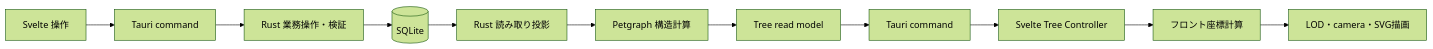
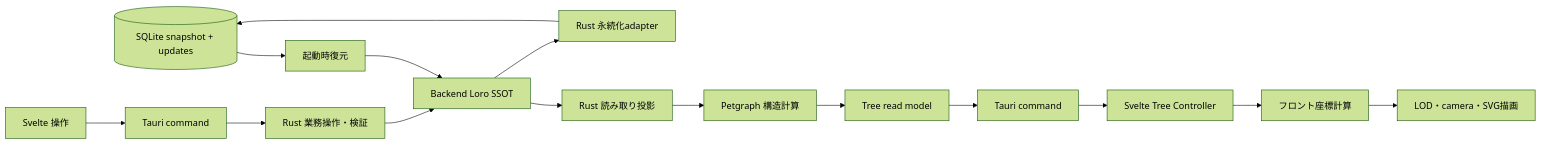
The diagram in docs/design/tauri-migration-plan.md (asadaame5121/Radiora), drawn with Mermaid (forest theme) before and after one commit. The commit also changed other lines of this file and 9 other files, not shown here.

````diff
--- a/docs/design/tauri-migration-plan.md
+++ b/docs/design/tauri-migration-plan.md
@@ -45,13 +52,17 @@
 ```mermaid
 flowchart LR
-    DB[(SQLite)] --> Read[Rust 読み取り投影]
+    DB[("SQLite snapshot + updates")] --> Restore["起動時復元"]
+    Restore --> Doc["Backend Loro SSOT"]
+    Doc --> Read[Rust 読み取り投影]
     Read --> Graph[Petgraph 構造計算]
     Graph --> DTO[Tree read model]
     DTO --> IPC[Tauri command]
     IPC --> Owner[Svelte Tree Controller]
     Owner --> Layout[フロント座標計算]
     Layout --> Display[LOD・camera・SVG描画]
     UI[Svelte 操作] --> Cmd[Tauri command]
     Cmd --> Domain[Rust 業務操作・検証]
-    Domain --> DB
+    Domain --> Doc
+    Doc --> Persist["Rust 永続化adapter"]
+    Persist --> DB
 ```
````
